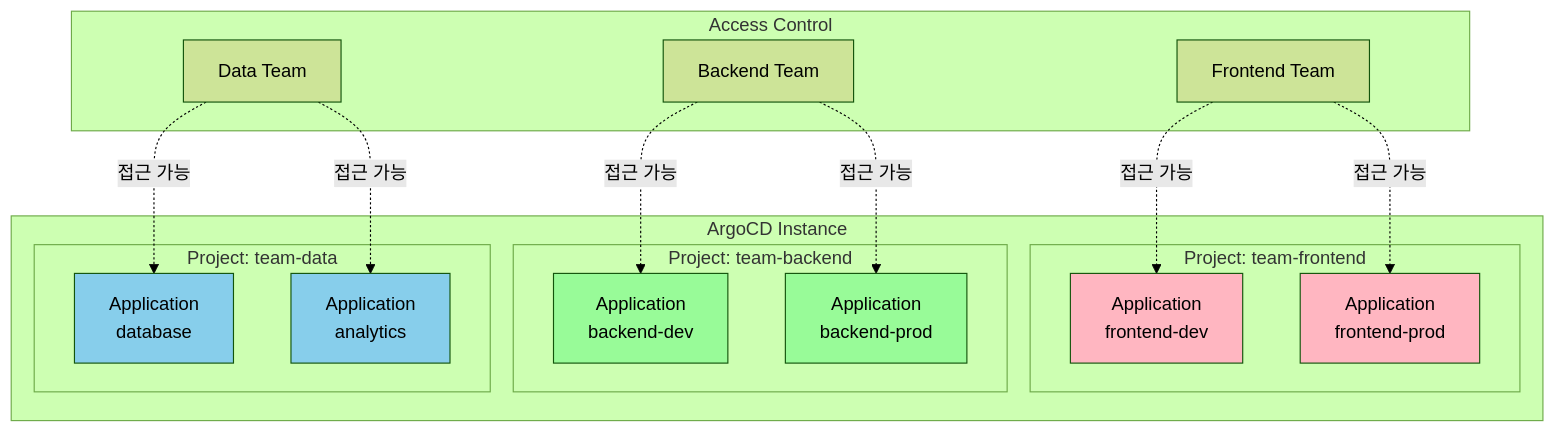
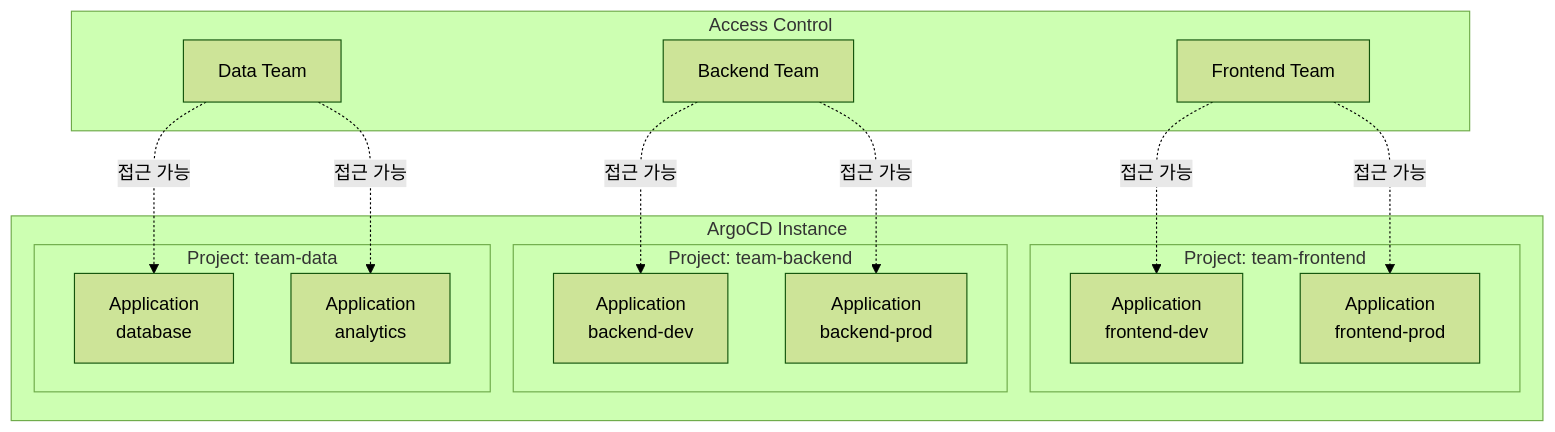
Before and after one commit to juwon8891/juwon8891.github.io: the fourth of 6 diagrams in docs/cicd/week4-argocd-advanced.md, drawn with Mermaid (forest theme). The commit also changed other lines of this file and 18 other files, not shown here.

Commit message:
Remove bright colors from Mermaid diagrams for dark mode compatibility

````diff
--- a/docs/cicd/week4-argocd-advanced.md
+++ b/docs/cicd/week4-argocd-advanced.md
@@ -919,39 +910,33 @@
 ```mermaid
 graph TB
     subgraph "ArgoCD Instance"
         subgraph "Project: team-frontend"
             APP1[Application<br/>frontend-dev]
             APP2[Application<br/>frontend-prod]
         end
 
         subgraph "Project: team-backend"
             APP3[Application<br/>backend-dev]
             APP4[Application<br/>backend-prod]
         end
 
         subgraph "Project: team-data"
             APP5[Application<br/>database]
             APP6[Application<br/>analytics]
         end
     end
 
     subgraph "Access Control"
         TEAM1[Frontend Team]
         TEAM2[Backend Team]
         TEAM3[Data Team]
     end
 
     TEAM1 -.접근 가능.-> APP1
     TEAM1 -.접근 가능.-> APP2
     TEAM2 -.접근 가능.-> APP3
     TEAM2 -.접근 가능.-> APP4
     TEAM3 -.접근 가능.-> APP5
     TEAM3 -.접근 가능.-> APP6
 
-    style APP1 fill:#FFB6C1
-    style APP2 fill:#FFB6C1
-    style APP3 fill:#98FB98
-    style APP4 fill:#98FB98
-    style APP5 fill:#87CEEB
-    style APP6 fill:#87CEEB
 ```
````
